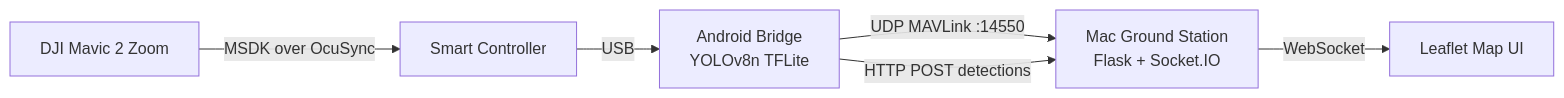
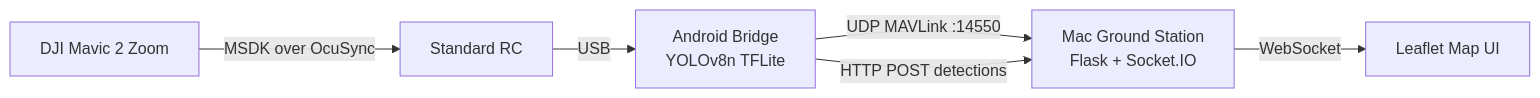
One commit to vihorx/lattice-bridge changed the diagram in README.md. Above: the diagram before and after it, drawn with Mermaid. The commit also changed other lines of this file, not shown here.

````diff
--- a/README.md
+++ b/README.md
@@ -9,8 +9,8 @@
 ```mermaid
 flowchart LR
-    Drone[DJI Mavic 2 Zoom] -->|MSDK over OcuSync| RC[Smart Controller]
+    Drone[DJI Mavic 2 Zoom] -->|MSDK over OcuSync| RC[Standard RC]
     RC -->|USB| Phone[Android Bridge<br/>YOLOv8n TFLite]
     Phone -->|UDP MAVLink :14550| Mac[Mac Ground Station<br/>Flask + Socket.IO]
     Phone -->|HTTP POST detections| Mac
     Mac -->|WebSocket| Browser[Leaflet Map UI]
 ```
````
